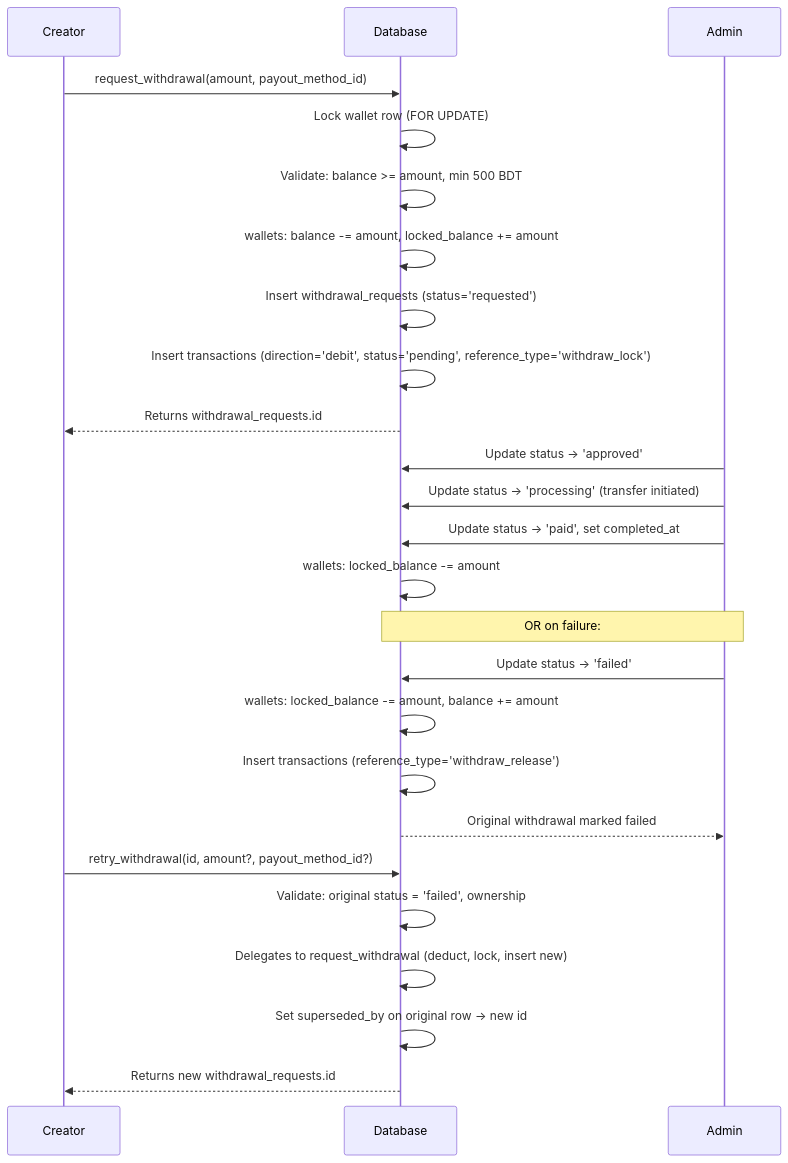
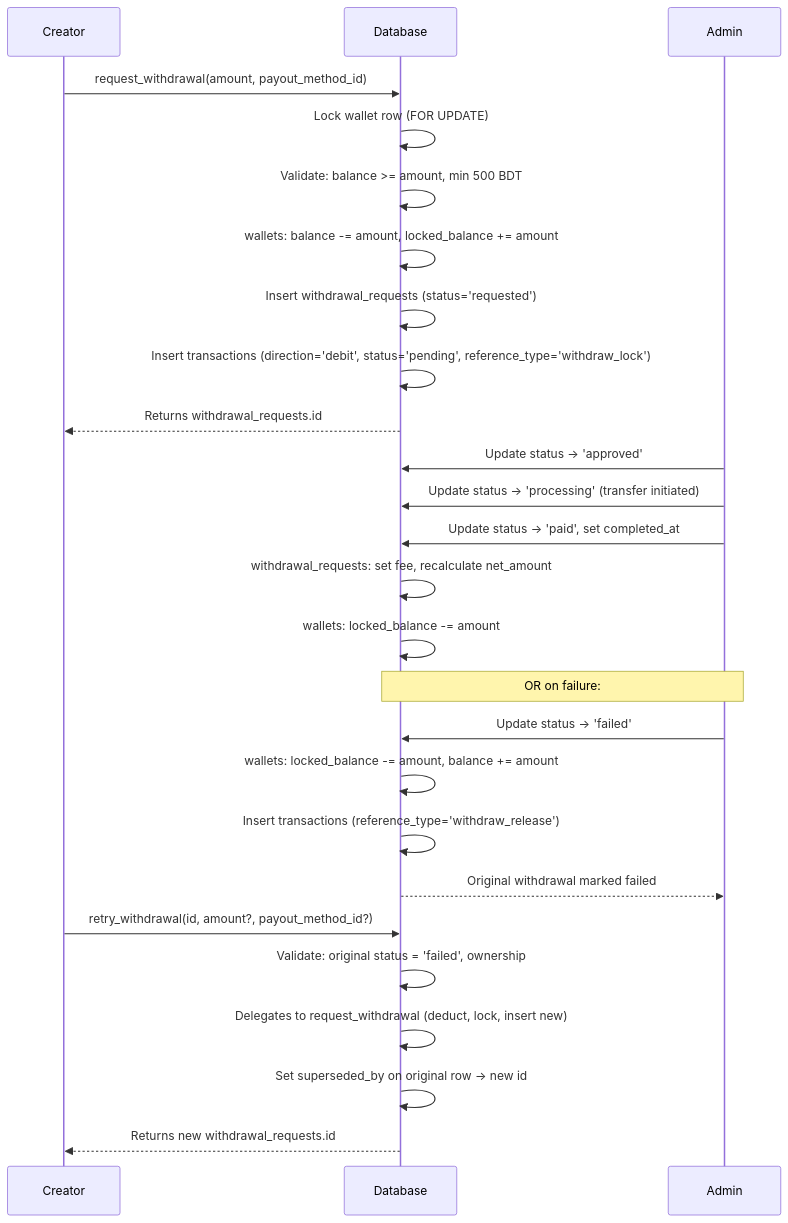
The diagram in docs/payments-and-memberships/backend/withdrawal-requests.md (hobenakicoffee/libraries), drawn with Mermaid before and after one commit. The commit also changed other lines of this file and 1 other file, not shown here.

Commit message:
chore: update supabase types for withdraw processing fee

````diff
--- a/docs/payments-and-memberships/backend/withdrawal-requests.md
+++ b/docs/payments-and-memberships/backend/withdrawal-requests.md
@@ -58,31 +58,32 @@
 ```mermaid
 sequenceDiagram
     participant C as Creator
     participant DB as Database
     participant A as Admin
 
     C->>DB: request_withdrawal(amount, payout_method_id)
     DB->>DB: Lock wallet row (FOR UPDATE)
     DB->>DB: Validate: balance >= amount, min 500 BDT
     DB->>DB: wallets: balance -= amount, locked_balance += amount
     DB->>DB: Insert withdrawal_requests (status='requested')
     DB->>DB: Insert transactions (direction='debit', status='pending', reference_type='withdraw_lock')
     DB-->>C: Returns withdrawal_requests.id
 
     A->>DB: Update status → 'approved'
     A->>DB: Update status → 'processing' (transfer initiated)
     A->>DB: Update status → 'paid', set completed_at
+    DB->>DB: withdrawal_requests: set fee, recalculate net_amount
     DB->>DB: wallets: locked_balance -= amount
 
     note over A,DB: OR on failure:
     A->>DB: Update status → 'failed'
     DB->>DB: wallets: locked_balance -= amount, balance += amount
     DB->>DB: Insert transactions (reference_type='withdraw_release')
     DB-->>A: Original withdrawal marked failed
 
     C->>DB: retry_withdrawal(id, amount?, payout_method_id?)
     DB->>DB: Validate: original status = 'failed', ownership
     DB->>DB: Delegates to request_withdrawal (deduct, lock, insert new)
     DB->>DB: Set superseded_by on original row → new id
     DB-->>C: Returns new withdrawal_requests.id
 ```
````
